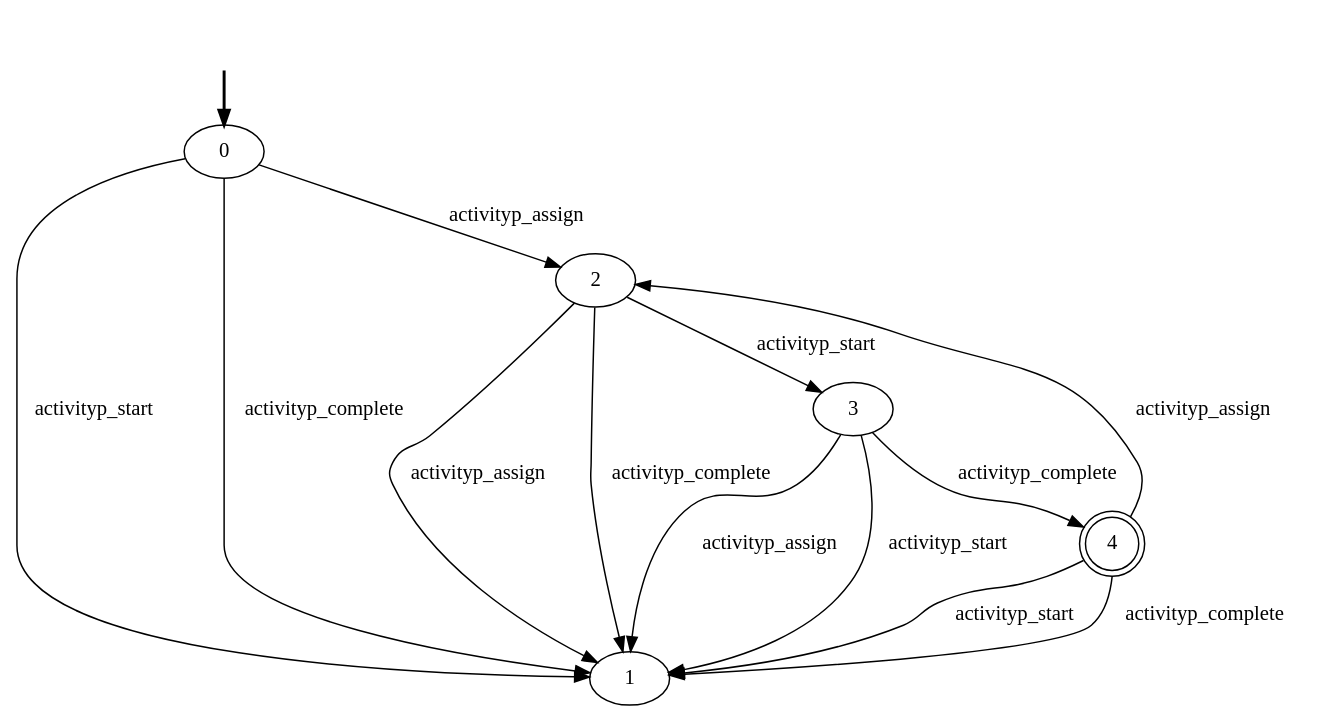
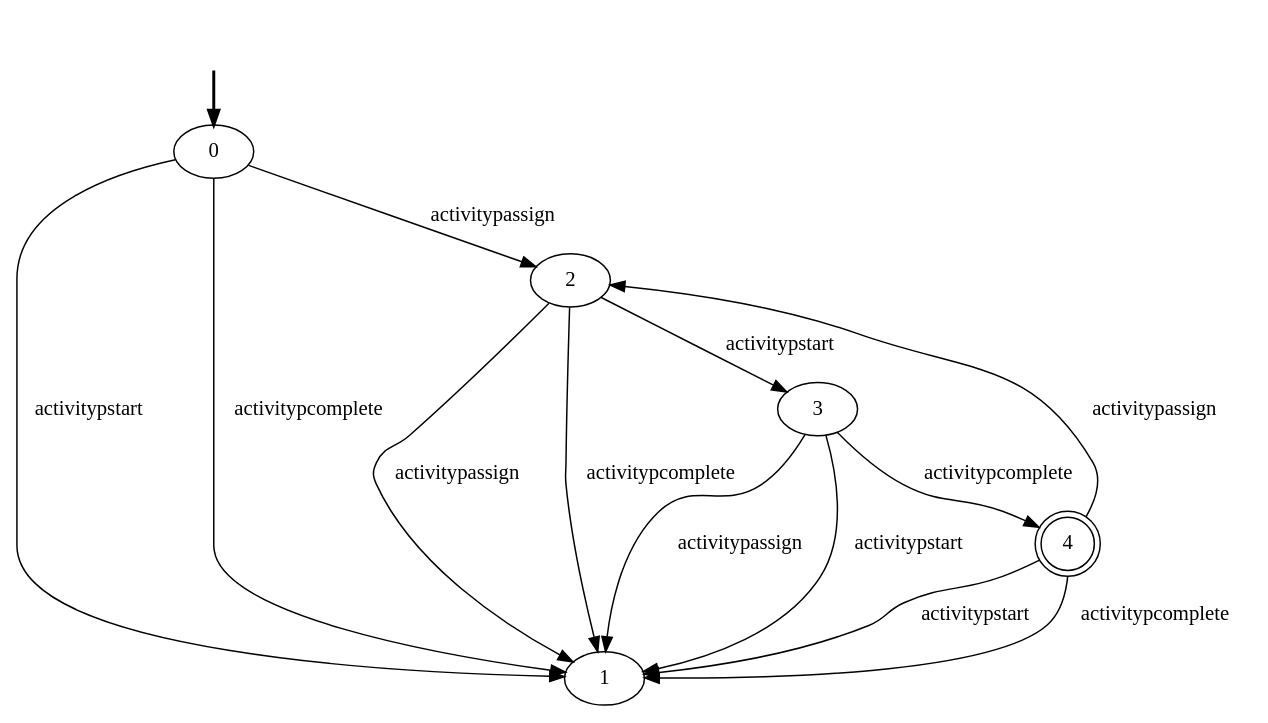
Before and after one commit to GianmarcoBordin/pddlTranslator: the diagram in Plan-based_Data_Aware_Declarative_Conf_Checker/resources/declarative-models/Data-Aware/5-CONSTRAINTS/activityp_lifecycle.dot, drawn with Graphviz. The commit also changed 246 other files, not shown here.

```diff
--- a/Plan-based_Data_Aware_Declarative_Conf_Checker/resources/declarative-models/Data-Aware/5-CONSTRAINTS/activityp_lifecycle.dot
+++ b/Plan-based_Data_Aware_Declarative_Conf_Checker/resources/declarative-models/Data-Aware/5-CONSTRAINTS/activityp_lifecycle.dot
@@ -1,21 +1,21 @@
 digraph {
-		fake0 [style=invisible]
-		0 [root=true]
-		1
-		2
-		3
-		4 [shape=doublecircle]
-		fake0 -> 0 [style=bold]
-		2 -> 1 [label=activityp_assign]
-		2 -> 3 [label=activityp_start]
-		2 -> 1 [label=activityp_complete]
-		3 -> 1 [label=activityp_assign]
-		3 -> 1 [label=activityp_start]
-		3 -> 4 [label=activityp_complete]
-		4 -> 2 [label=activityp_assign]
-		4 -> 1 [label=activityp_start]
-		4 -> 1 [label=activityp_complete]
-		0 -> 2 [label=activityp_assign]
-		0 -> 1 [label=activityp_start]
-		0 -> 1 [label=activityp_complete]
+	fake0 [style=invisible]
+	0 [root=true]
+	1
+	2
+	3
+	4 [shape=doublecircle]
+	fake0 -> 0 [style=bold]
+	2 -> 1 [label=activitypassign]
+	2 -> 3 [label=activitypstart]
+	2 -> 1 [label=activitypcomplete]
+	3 -> 1 [label=activitypassign]
+	3 -> 1 [label=activitypstart]
+	3 -> 4 [label=activitypcomplete]
+	4 -> 2 [label=activitypassign]
+	4 -> 1 [label=activitypstart]
+	4 -> 1 [label=activitypcomplete]
+	0 -> 2 [label=activitypassign]
+	0 -> 1 [label=activitypstart]
+	0 -> 1 [label=activitypcomplete]
 }
```
